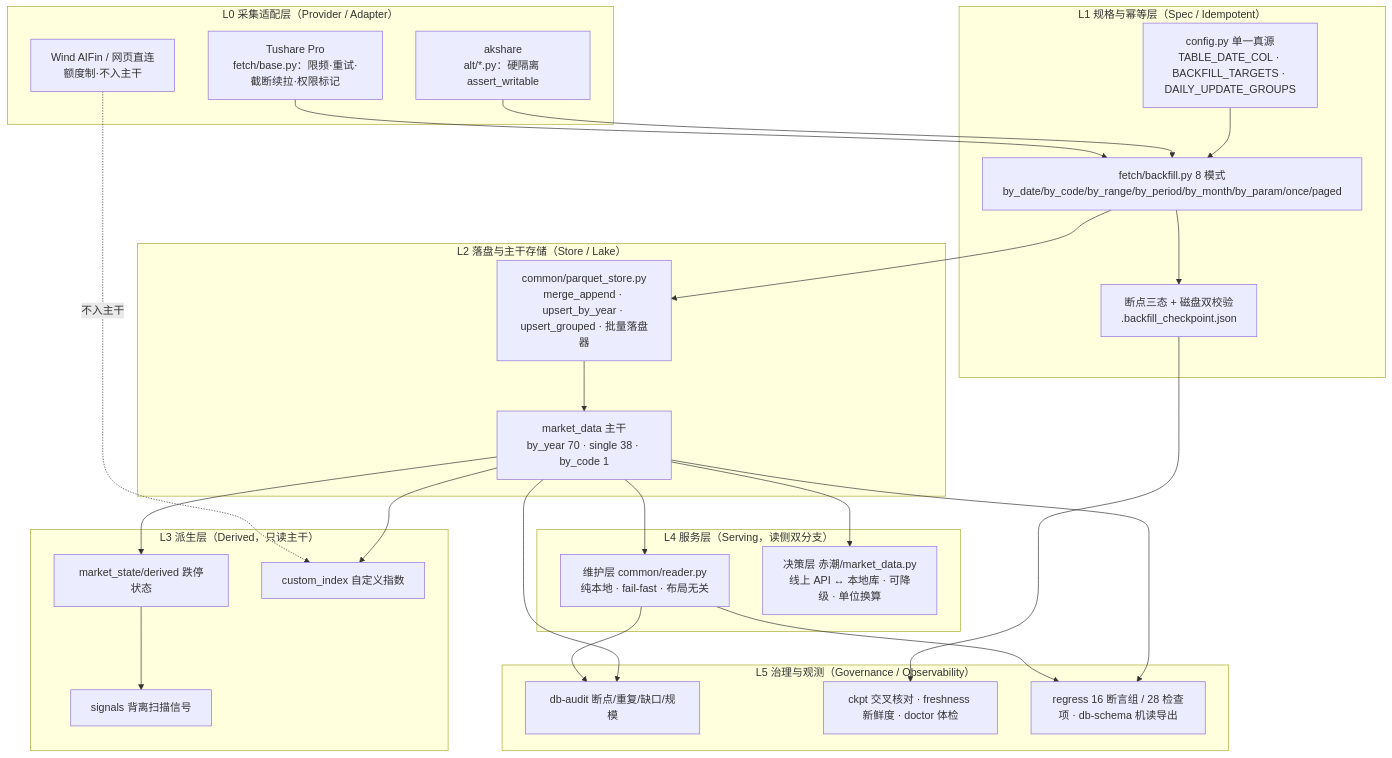
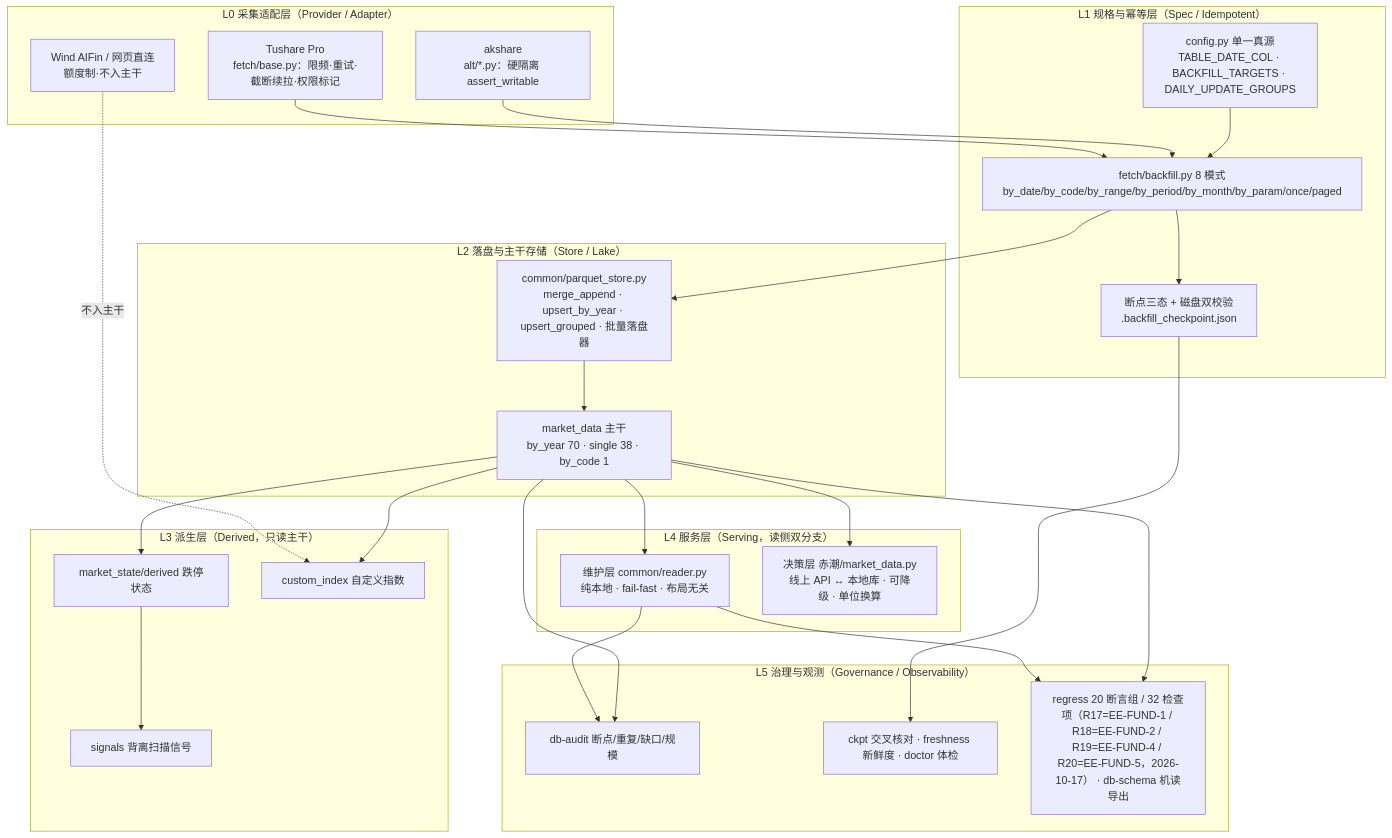
The first of 2 diagrams in 代码架构/全量数据库架构/03-总体架构方案对比与推荐.md (1716250001/quant-strategy-infrastructure), drawn with Mermaid before and after one commit. The commit also changed 20 other files, not shown here.

````diff
--- a/代码架构/全量数据库架构/03-总体架构方案对比与推荐.md
+++ b/代码架构/全量数据库架构/03-总体架构方案对比与推荐.md
@@ -58,48 +58,48 @@
 ```mermaid
 flowchart TB
   subgraph L0["L0 采集适配层（Provider / Adapter）"]
     A1["Tushare Pro<br/>fetch/base.py：限频·重试·截断续拉·权限标记"]
     A2["akshare<br/>alt/*.py：硬隔离 assert_writable"]
     A3["Wind AIFin / 网页直连<br/>额度制·不入主干"]
   end
   subgraph L1["L1 规格与幂等层（Spec / Idempotent）"]
     B1["config.py 单一真源<br/>TABLE_DATE_COL · BACKFILL_TARGETS · DAILY_UPDATE_GROUPS"]
     B2["fetch/backfill.py 8 模式<br/>by_date/by_code/by_range/by_period/by_month/by_param/once/paged"]
     B3["断点三态 + 磁盘双校验<br/>.backfill_checkpoint.json"]
   end
   subgraph L2["L2 落盘与主干存储（Store / Lake）"]
     C1["common/parquet_store.py<br/>merge_append · upsert_by_year · upsert_grouped · 批量落盘器"]
     C2["market_data 主干<br/>by_year 70 · single 38 · by_code 1"]
   end
   subgraph L3["L3 派生层（Derived，只读主干）"]
     D1["market_state/derived 跌停状态"]
     D2["custom_index 自定义指数"]
     D3["signals 背离扫描信号"]
   end
   subgraph L4["L4 服务层（Serving，读侧双分支）"]
     E1["维护层 common/reader.py<br/>纯本地 · fail-fast · 布局无关"]
     E2["决策层 赤潮/market_data.py<br/>线上 API ↔ 本地库 · 可降级 · 单位换算"]
   end
   subgraph L5["L5 治理与观测（Governance / Observability）"]
     F1["db-audit 断点/重复/缺口/规模"]
     F2["ckpt 交叉核对 · freshness 新鲜度 · doctor 体检"]
-    F3["regress 16 断言组 / 28 检查项 · db-schema 机读导出"]
+    F3["regress 20 断言组 / 32 检查项（R17=EE-FUND-1 / R18=EE-FUND-2 / R19=EE-FUND-4 / R20=EE-FUND-5，2026-10-17） · db-schema 机读导出"]
   end
   A1 --> B2
   A2 --> B2
   A3 -.不入主干.-> D2
   B1 --> B2
   B2 --> B3
   B2 --> C1
   C1 --> C2
   C2 --> D1
   C2 --> D2
   D1 --> D3
   C2 --> E1
   C2 --> E2
   E1 --> F1
   C2 --> F1
   B3 --> F2
   E1 --> F3
   C2 --> F3
 ```
````
